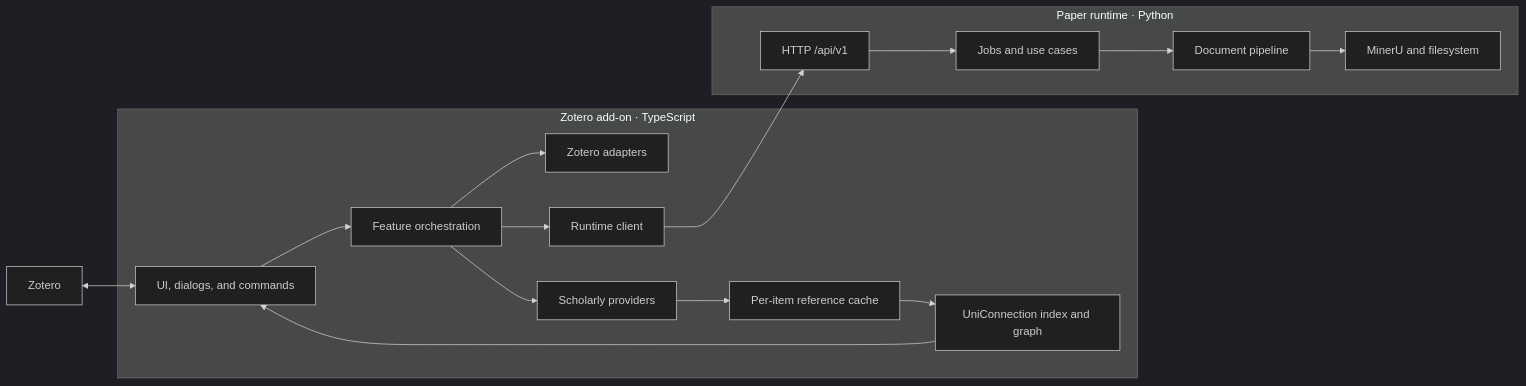
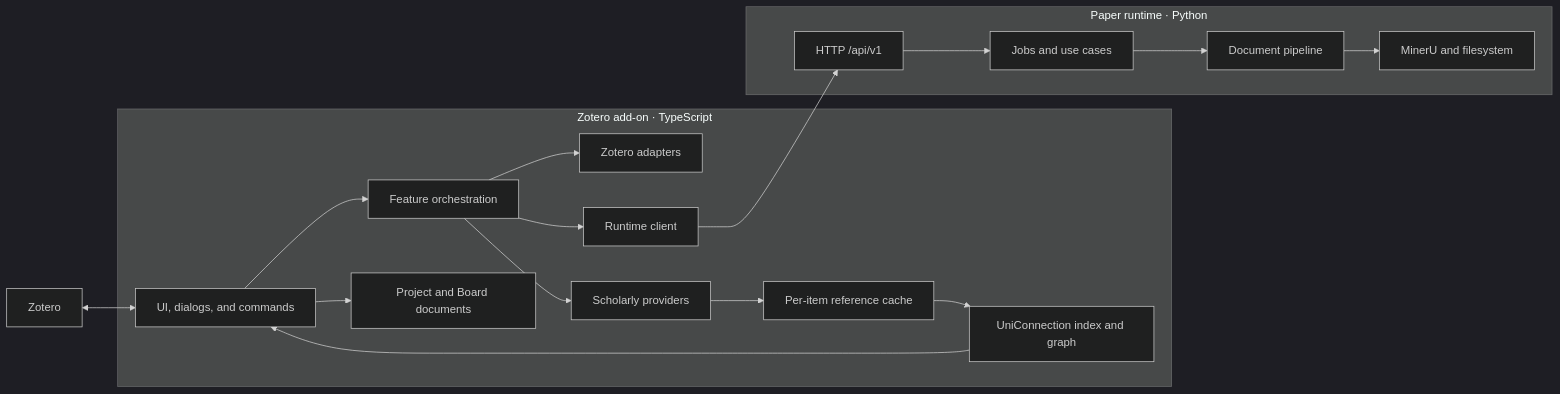
One commit to Leavvind/Unizero changed the diagram in docs/ARCHITECTURE.md. Above: the diagram before and after it, drawn with Mermaid (dark theme). The commit also changed other lines of this file and 21 other files, not shown here.

````diff
--- a/docs/ARCHITECTURE.md
+++ b/docs/ARCHITECTURE.md
@@ -7,34 +7,36 @@
 ```mermaid
 flowchart LR
     Zotero["Zotero"]
 
     subgraph Addon["Zotero add-on · TypeScript"]
         UI["UI, dialogs, and commands"]
         Features["Feature orchestration"]
         Adapters["Zotero adapters"]
         Providers["Scholarly providers"]
         Cache["Per-item reference cache"]
         Index["UniConnection index and graph"]
+        Projects["Project and Board documents"]
         Client["Runtime client"]
     end
 
     subgraph Runtime["Paper runtime · Python"]
         API["HTTP /api/v1"]
         App["Jobs and use cases"]
         Pipeline["Document pipeline"]
         IO["MinerU and filesystem"]
     end
 
     Zotero <--> UI
     UI --> Features
     Features --> Adapters
     Features --> Providers
     Features --> Client
     Providers --> Cache
     Cache --> Index
     Index --> UI
+    UI --> Projects
     Client --> API
     API --> App
     App --> Pipeline
     Pipeline --> IO
 ```
````
